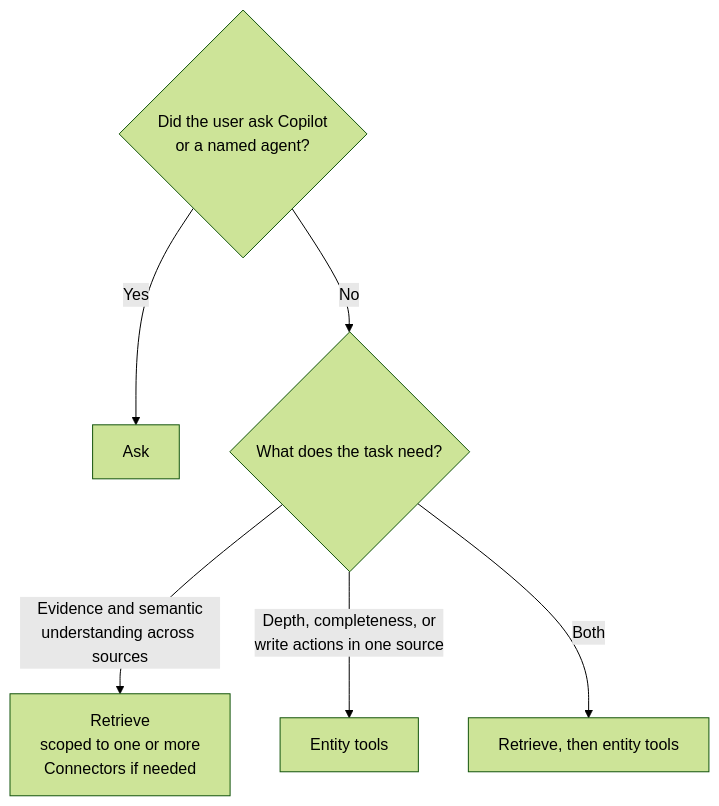
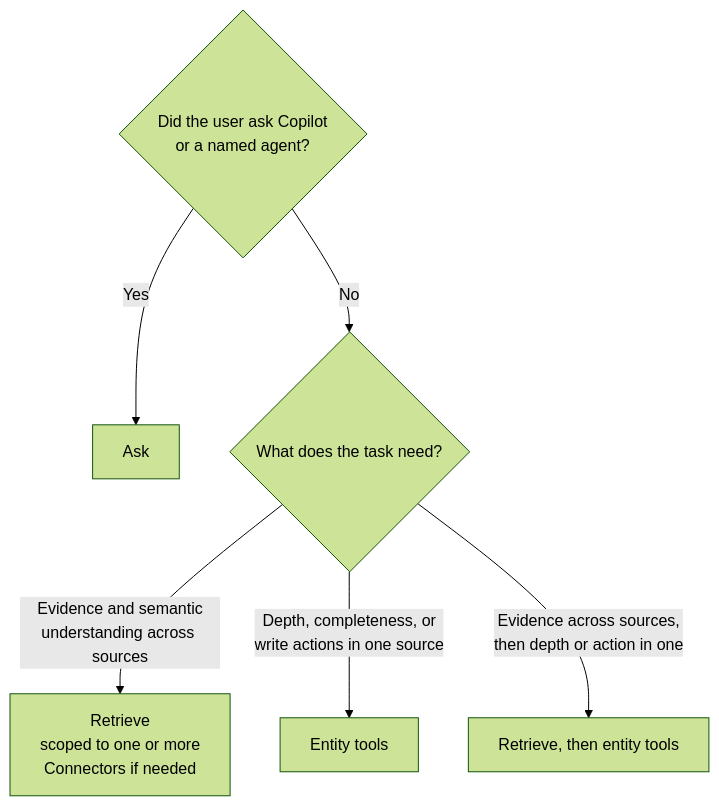
One commit to SuryaMSFT/work-iq changed the diagram in docs/connectors-usage-guidance.md. Above: the diagram before and after it, drawn with Mermaid (forest theme). The commit also changed other lines of this file, not shown here.

Commit message:
docs: describe task types for Retrieve then entity tools

````diff
--- a/docs/connectors-usage-guidance.md
+++ b/docs/connectors-usage-guidance.md
@@ -80,9 +86,9 @@
 ```mermaid
 flowchart TD
     Q1{"Did the user ask Copilot<br/>or a named agent?"}
     Q1 -->|Yes| ASK["Ask"]
     Q1 -->|No| Q2{"What does the task need?"}
     Q2 -->|"Evidence and semantic<br/>understanding across sources"| RET["Retrieve<br/>scoped to one or more<br/>Connectors if needed"]
     Q2 -->|"Depth, completeness, or<br/>write actions in one source"| ET["Entity tools"]
-    Q2 -->|Both| BOTH["Retrieve, then entity tools"]
+    Q2 -->|"Evidence across sources,<br/>then depth or action in one"| BOTH["Retrieve, then entity tools"]
 ```
````
